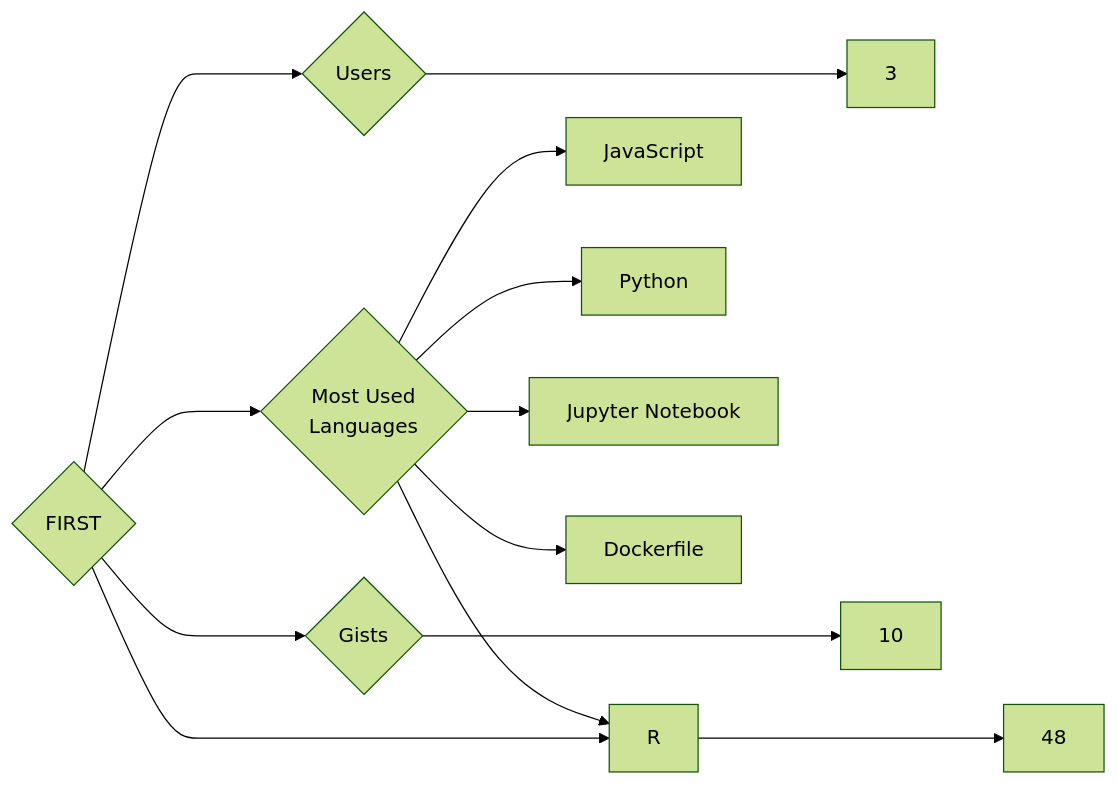
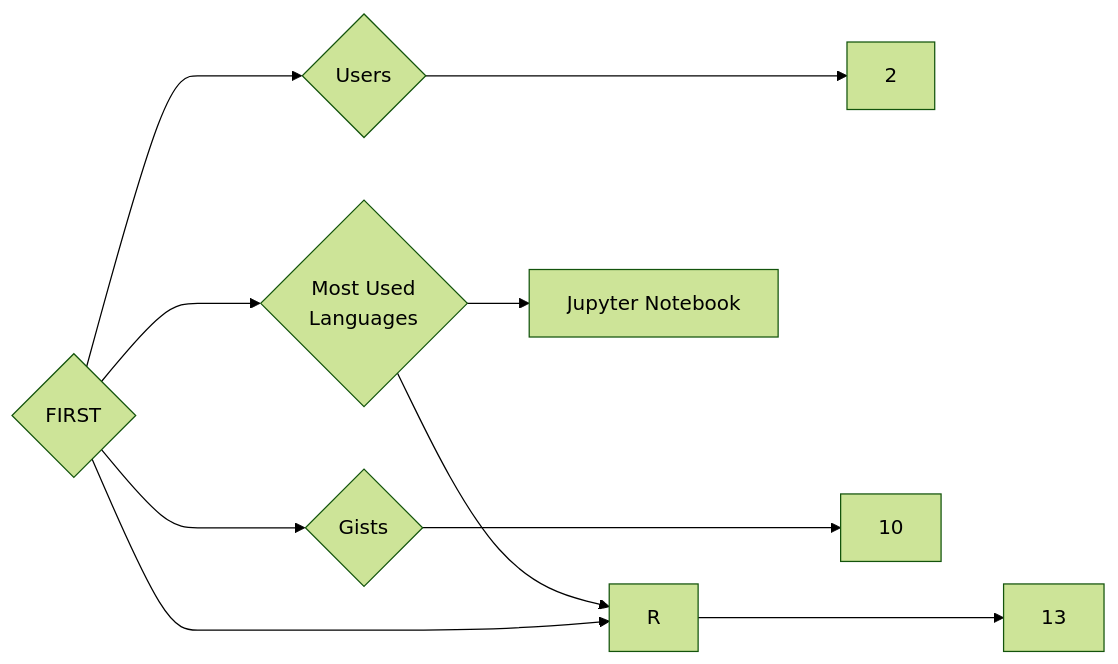
One commit to trickest/insiders changed the diagram in targets/FIRST/README.md. Above: the diagram before and after it, drawn with Mermaid (forest theme). The commit also changed 1055 other files, not shown here.

````diff
--- a/targets/FIRST/README.md
+++ b/targets/FIRST/README.md
@@ -3,13 +3,10 @@
 ```mermaid
 graph LR
 COMPANY_NAME{FIRST}
-COMPANY_NAME ---> U{Users} ---> UN[3]
-COMPANY_NAME ---> R{Repositories} ---> RN[48]
+COMPANY_NAME ---> U{Users} ---> UN[2]
+COMPANY_NAME ---> R{Repositories} ---> RN[13]
 COMPANY_NAME ---> G{Gists} ---> GN[10]
 COMPANY_NAME ---> ML{Most Used<br>Languages}
-ML --> JavaScript[JavaScript]
-ML --> Python[Python]
 ML --> Jupyter_Notebook[Jupyter Notebook]
 ML --> R[R]
-ML --> Dockerfile[Dockerfile]
 ```
````
